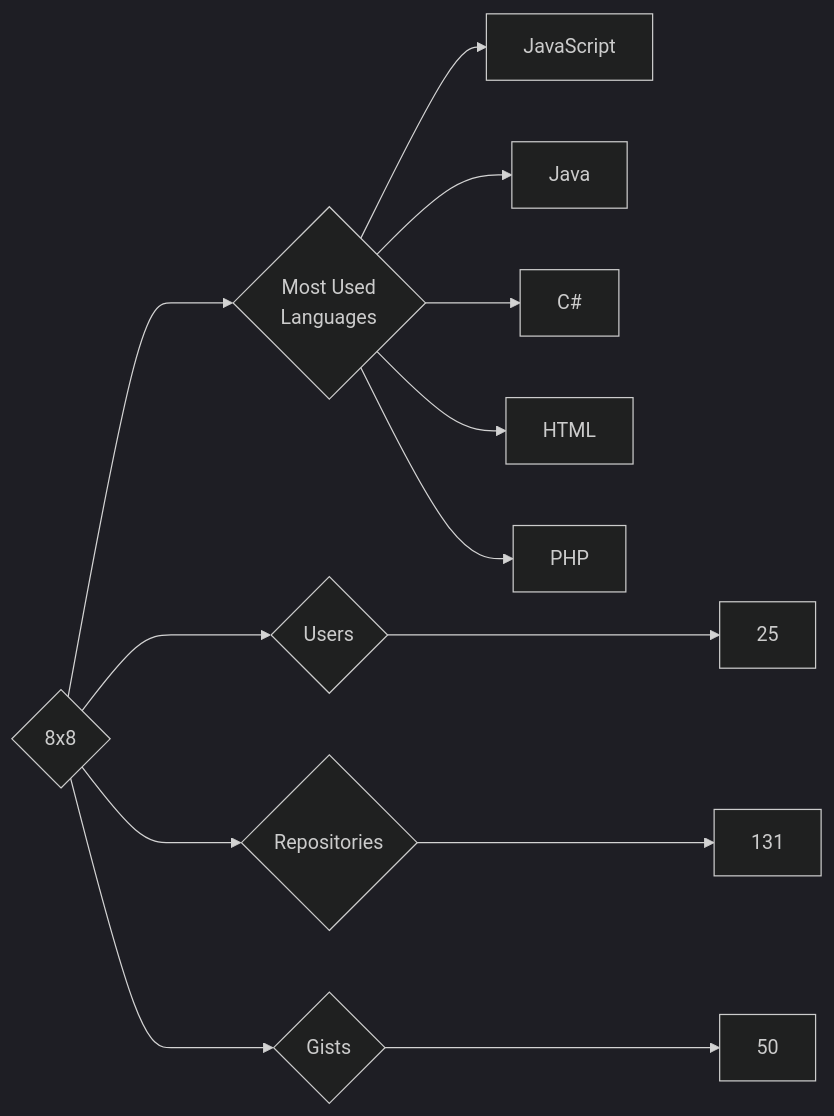
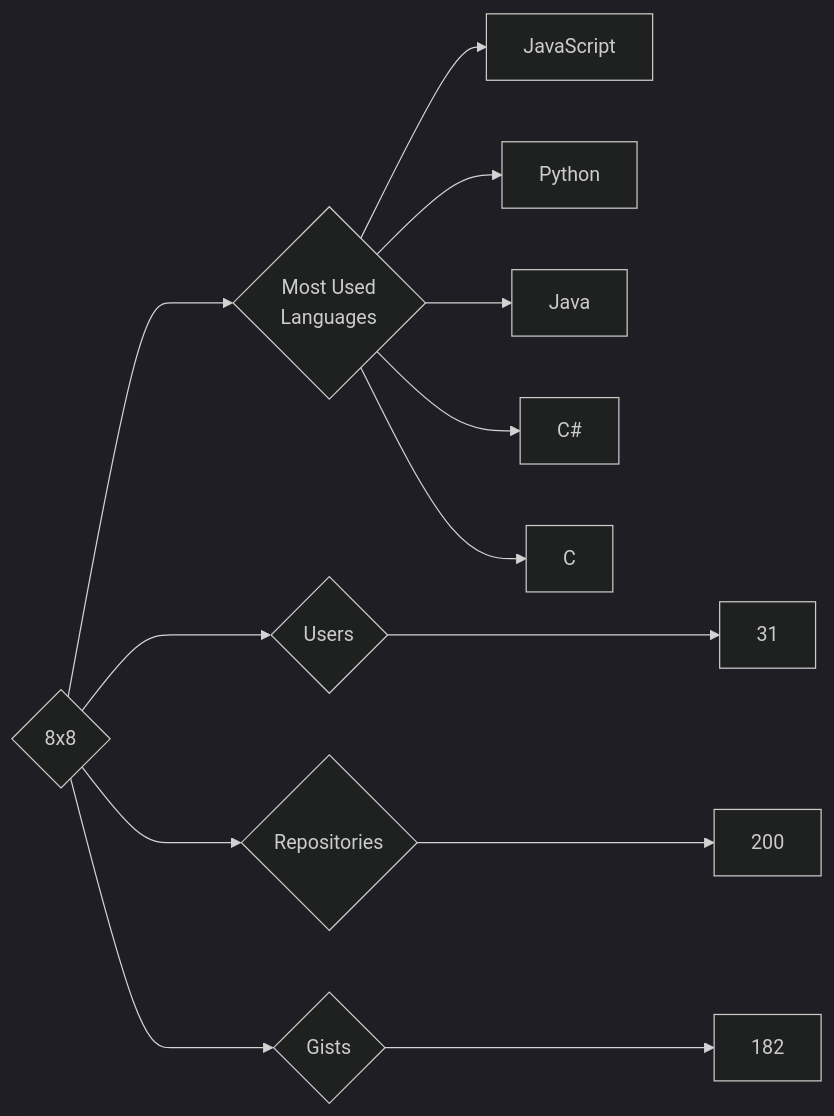
Before and after one commit to trickest/insiders: the diagram in targets/8x8/README.md, drawn with Mermaid (dark theme). The commit also changed 720 other files, not shown here.

````diff
--- a/targets/8x8/README.md
+++ b/targets/8x8/README.md
@@ -3,13 +3,13 @@
 ```mermaid
 graph LR
 COMPANY_NAME{8x8}
-COMPANY_NAME ---> U{Users} ---> UN[25]
-COMPANY_NAME ---> R{Repositories} ---> RN[131]
-COMPANY_NAME ---> G{Gists} ---> GN[50]
+COMPANY_NAME ---> U{Users} ---> UN[31]
+COMPANY_NAME ---> R{Repositories} ---> RN[200]
+COMPANY_NAME ---> G{Gists} ---> GN[182]
 COMPANY_NAME ---> ML{Most Used<br>Languages}
 ML --> JavaScript[JavaScript]
+ML --> Python[Python]
 ML --> Java[Java]
 ML --> C#[C#]
-ML --> HTML[HTML]
-ML --> PHP[PHP]
+ML --> C[C]
 ```
````
